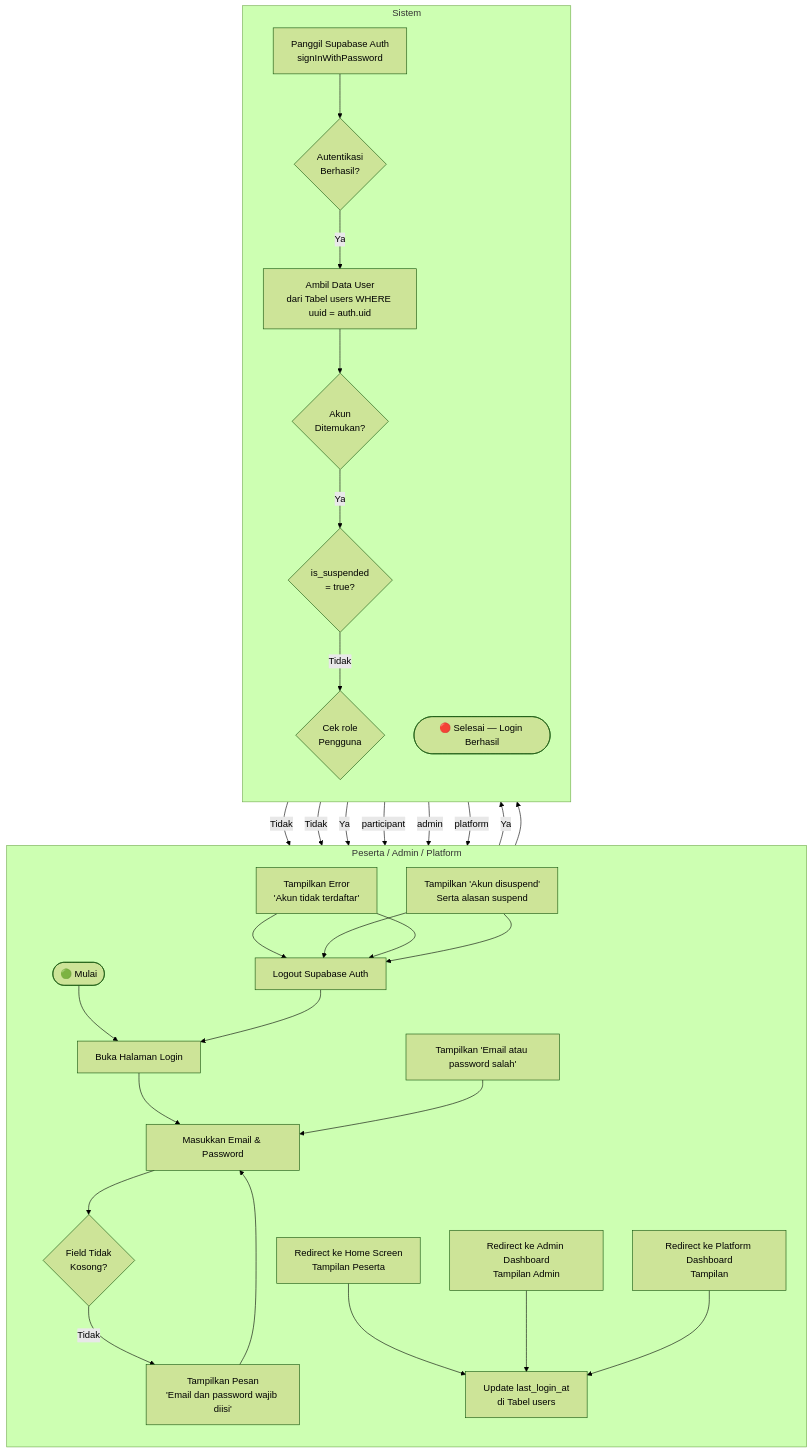
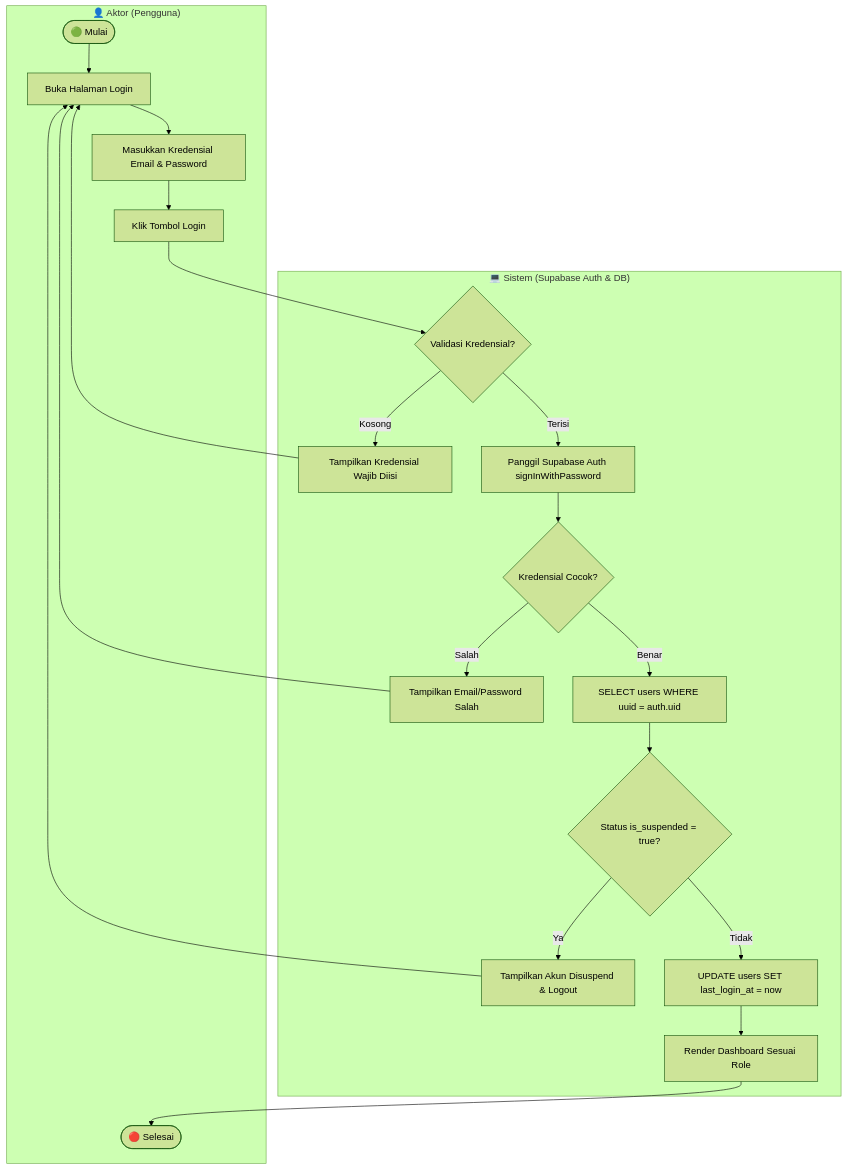
One commit to yosima050/booyahhub changed the third of 43 diagrams in DOKUMENTASI.md. Above: the diagram before and after it, drawn with Mermaid (forest theme). The commit also changed other lines of this file, not shown here.

````diff
--- a/DOKUMENTASI.md
+++ b/DOKUMENTASI.md
@@ -217,37 +185,22 @@
 ```mermaid
 flowchart TD
-    subgraph Pengguna ["Peserta / Admin / Platform"]
-        direction TB
-        A([🟢 Mulai]) --> B[Buka Halaman Login]
-        B --> C[Masukkan Email & Password]
-        C --> D
-        E --> C
-        H --> C
-        K --> L
-        N --> L
-        P --> S
-        Q --> S
-        R --> S
+    subgraph Aktor ["👤 Aktor (Pengguna)"]
+        B1([🟢 Mulai]) --> B2[Buka Halaman Login]
+        B2 --> B3[Masukkan Kredensial Email & Password]
+        B3 --> B4[Klik Tombol Login]
+        B5([🔴 Selesai])
     end
 
-    subgraph Sistem
-        direction TB
-        D{Field Tidak<br/>Kosong?} -->|Tidak| E[Tampilkan Pesan<br/>'Email dan password wajib diisi']
-        D -->|Ya| F[Panggil Supabase Auth<br/>signInWithPassword]
-        F --> G{Autentikasi<br/>Berhasil?}
-        G -->|Tidak| H[Tampilkan 'Email atau password salah']
-        G -->|Ya| I[Ambil Data User<br/>dari Tabel users WHERE uuid = auth.uid]
-        I --> J{Akun<br/>Ditemukan?}
-        J -->|Tidak| K[Tampilkan Error<br/>'Akun tidak terdaftar']
-        K --> L[Logout Supabase Auth]
-        L --> B
-        J -->|Ya| M{is_suspended<br/>= true?}
-        M -->|Ya| N[Tampilkan 'Akun disuspend'<br/>Serta alasan suspend]
-        N --> L
-        M -->|Tidak| O{Cek role<br/>Pengguna}
-        O -->|participant| P[Redirect ke Home Screen<br/>Tampilan Peserta]
-        O -->|admin| Q[Redirect ke Admin Dashboard<br/>Tampilan Admin]
-        O -->|platform| R[Redirect ke Platform Dashboard<br/>Tampilan ]
-        S[Update last_login_at<br/>di Tabel users] --> T([🔴 Selesai — Login Berhasil])
+    subgraph Sistem ["💻 Sistem (Supabase Auth & DB)"]
+        B4 --> S1{Validasi Kredensial?}
+        S1 -->|Kosong| S2[Tampilkan Kredensial Wajib Diisi] --> B2
+        S1 -->|Terisi| S3[Panggil Supabase Auth signInWithPassword]
+        S3 --> S4{Kredensial Cocok?}
+        S4 -->|Salah| S5[Tampilkan Email/Password Salah] --> B2
+        S4 -->|Benar| S6[SELECT users WHERE uuid = auth.uid]
+        S6 --> S7{Status is_suspended = true?}
+        S7 -->|Ya| S8[Tampilkan Akun Disuspend & Logout] --> B2
+        S7 -->|Tidak| S9[UPDATE users SET last_login_at = now]
+        S9 --> S10[Render Dashboard Sesuai Role] --> B5
     end
 ```
````
